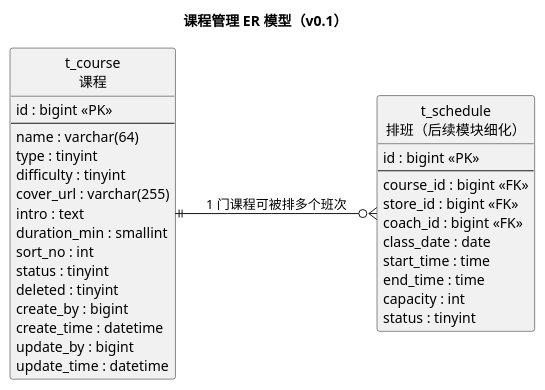
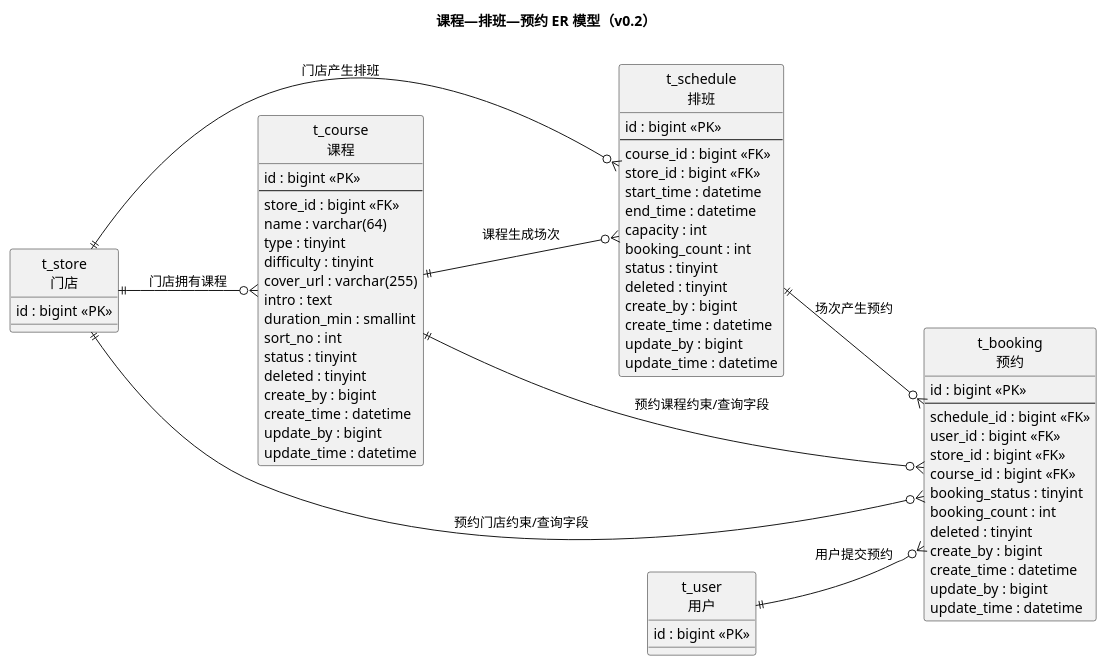
One commit to duo2530/techplant-yoga changed the first of 5 diagrams in docs/详细设计/详细设计.md. Above: the diagram before and after it, drawn with PlantUML. The commit also changed other lines of this file and 1 other file, not shown here.

````diff
--- a/docs/详细设计/详细设计.md
+++ b/docs/详细设计/详细设计.md
@@ -75,46 +76,80 @@
 ```plantuml
 @startuml
-title 课程管理 ER 模型（v0.1）
+title 课程—排班—预约 ER 模型（v0.2）
 
 left to right direction
 hide circle
 skinparam defaultFontName Microsoft YaHei
 skinparam entity {
   BackgroundColor #FDFDFD
   BorderColor #4A7EBB
 }
 
 entity "t_course\n课程" as t_course {
   id : bigint <<PK>>
   --
+  store_id : bigint <<FK>>
   name : varchar(64)
   type : tinyint
   difficulty : tinyint
   cover_url : varchar(255)
   intro : text
   duration_min : smallint
   sort_no : int
   status : tinyint
   deleted : tinyint
   create_by : bigint
   create_time : datetime
   update_by : bigint
   update_time : datetime
 }
 
-entity "t_schedule\n排班（后续模块细化）" as t_schedule {
+entity "t_schedule\n排班" as t_schedule {
   id : bigint <<PK>>
   --
   course_id : bigint <<FK>>
   store_id : bigint <<FK>>
-  coach_id : bigint <<FK>>
-  class_date : date
-  start_time : time
-  end_time : time
+  start_time : datetime
+  end_time : datetime
   capacity : int
+  booking_count : int
   status : tinyint
+  deleted : tinyint
+  create_by : bigint
+  create_time : datetime
+  update_by : bigint
+  update_time : datetime
 }
 
-t_course ||--o{ t_schedule : "1 门课程可被排多个班次"
+entity "t_booking\n预约" as t_booking {
+  id : bigint <<PK>>
+  --
+  schedule_id : bigint <<FK>>
+  user_id : bigint <<FK>>
+  store_id : bigint <<FK>>
+  course_id : bigint <<FK>>
+  booking_status : tinyint
+  booking_count : int
+  deleted : tinyint
+  create_by : bigint
+  create_time : datetime
+  update_by : bigint
+  update_time : datetime
+}
+
+entity "t_store\n门店" as t_store {
+  id : bigint <<PK>>
+}
+entity "t_user\n用户" as t_user {
+  id : bigint <<PK>>
+}
+
+t_store ||--o{ t_course : "门店拥有课程"
+t_store ||--o{ t_schedule : "门店产生排班"
+t_course ||--o{ t_schedule : "课程生成场次"
+t_schedule ||--o{ t_booking : "场次产生预约"
+t_user ||--o{ t_booking : "用户提交预约"
+t_store ||--o{ t_booking : "预约门店约束/查询字段"
+t_course ||--o{ t_booking : "预约课程约束/查询字段"
 @enduml
 ```
````
